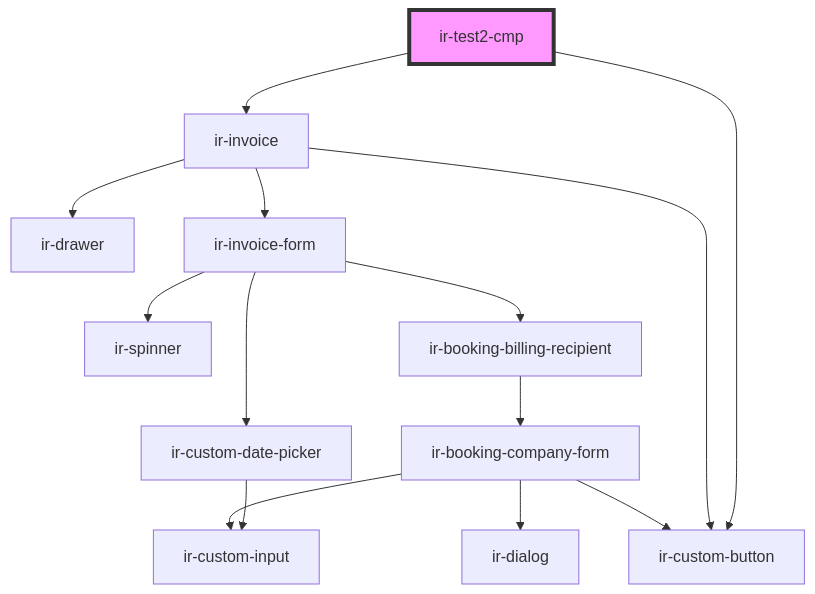
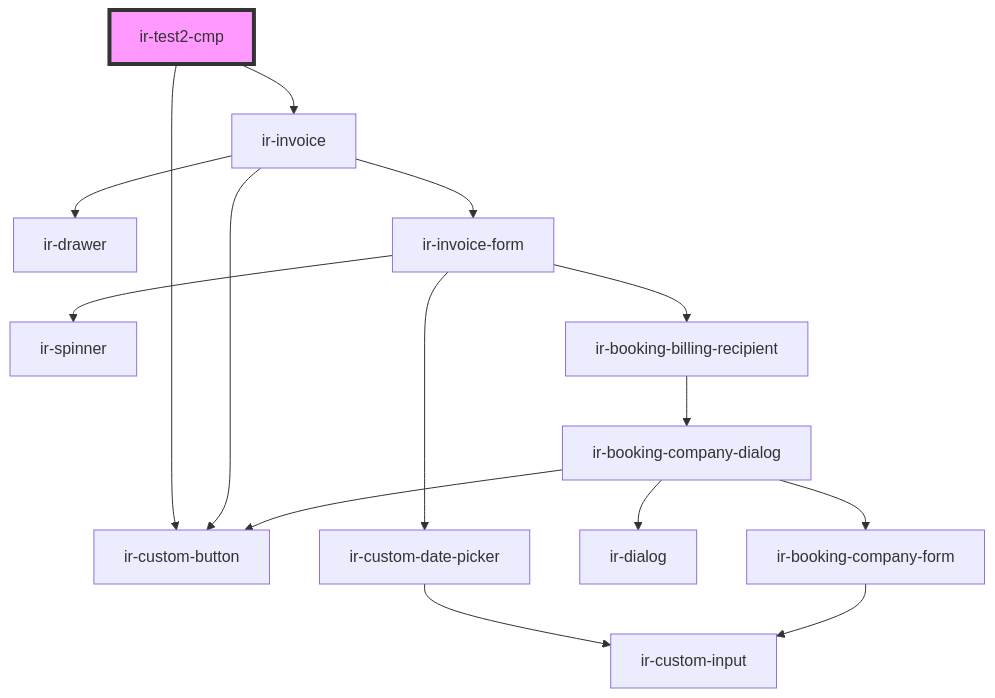
One commit to David1Chowaifaty/modified-ir-webcmp changed the diagram in src/components/ir-test-cmp/readme.md. Above: the diagram before and after it, drawn with Mermaid. The commit also changed 36 other files, not shown here.

````diff
--- a/src/components/ir-test-cmp/readme.md
+++ b/src/components/ir-test-cmp/readme.md
@@ -16,17 +16,18 @@
 ```mermaid
 graph TD;
   ir-test2-cmp --> ir-custom-button
   ir-test2-cmp --> ir-invoice
   ir-invoice --> ir-drawer
   ir-invoice --> ir-invoice-form
   ir-invoice --> ir-custom-button
   ir-invoice-form --> ir-spinner
   ir-invoice-form --> ir-custom-date-picker
   ir-invoice-form --> ir-booking-billing-recipient
   ir-custom-date-picker --> ir-custom-input
-  ir-booking-billing-recipient --> ir-booking-company-form
-  ir-booking-company-form --> ir-dialog
+  ir-booking-billing-recipient --> ir-booking-company-dialog
+  ir-booking-company-dialog --> ir-dialog
+  ir-booking-company-dialog --> ir-booking-company-form
+  ir-booking-company-dialog --> ir-custom-button
   ir-booking-company-form --> ir-custom-input
-  ir-booking-company-form --> ir-custom-button
   style ir-test2-cmp fill:#f9f,stroke:#333,stroke-width:4px
 ```
````
